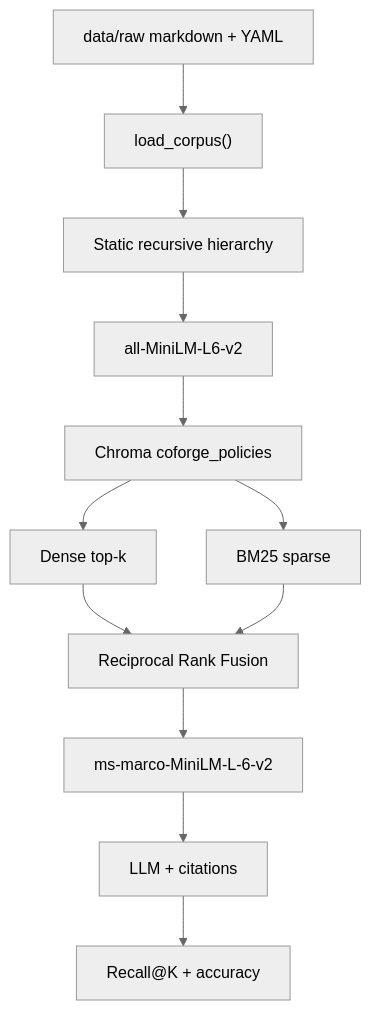
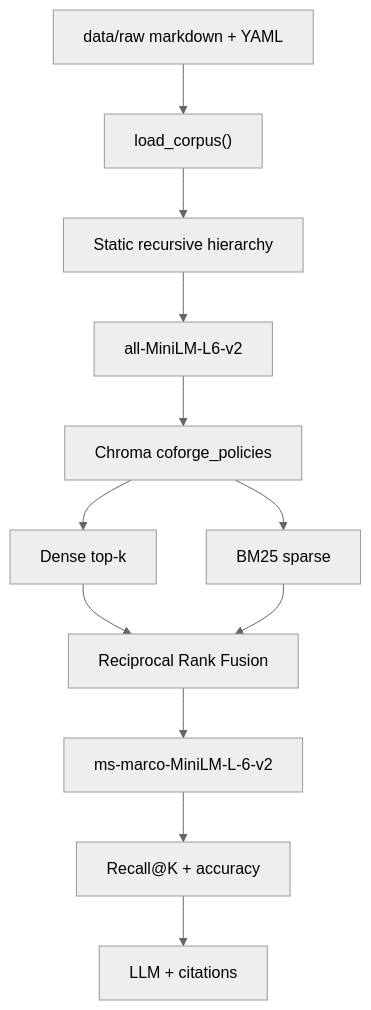
Before and after one commit to vidhikansara26/policy_ragbot: the diagram in docs/architecture.md, drawn with Mermaid (neutral theme). The commit also changed other lines of this file and 9 other files, not shown here.

````diff
--- a/docs/architecture.md
+++ b/docs/architecture.md
@@ -173,21 +193,21 @@
 ```mermaid
 flowchart TD
   raw["data/raw markdown + YAML"]
   load["load_corpus()"]
   chunk["Static recursive hierarchy"]
   embed["all-MiniLM-L6-v2"]
   chroma["Chroma coforge_policies"]
   dense["Dense top-k"]
   bm25["BM25 sparse"]
   rrf["Reciprocal Rank Fusion"]
   rerank["ms-marco-MiniLM-L-6-v2"]
   gen["LLM + citations"]
   eval["Recall@K + accuracy"]
 
   raw --> load --> chunk --> embed --> chroma
   chroma --> dense
   chroma --> bm25
   dense --> rrf
   bm25 --> rrf
-  rrf --> rerank --> gen --> eval
+  rrf --> rerank --> eval --> gen
 ```
````
